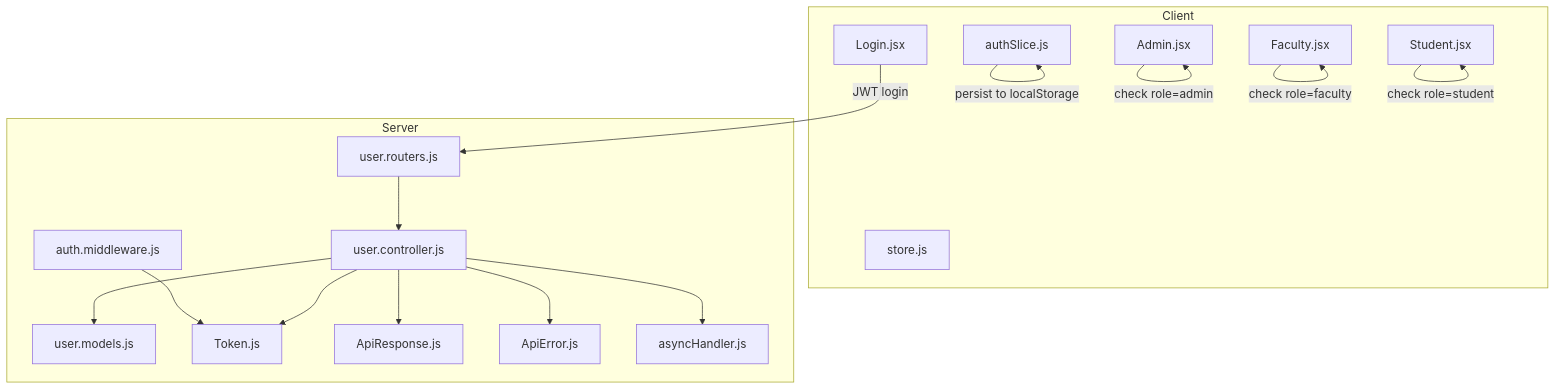
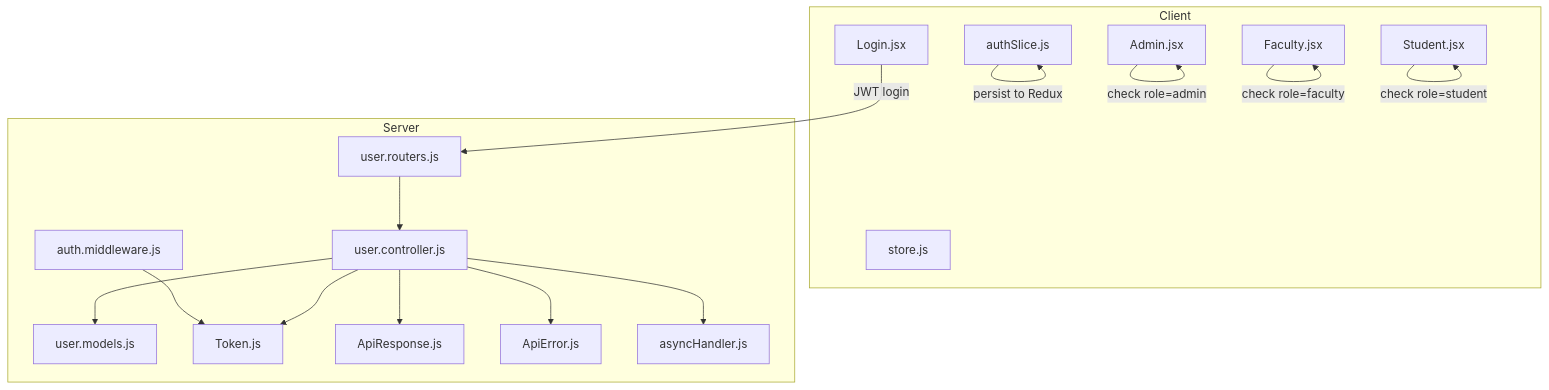
One commit to Aryan9060/Timetable-Project changed the first of 11 diagrams in .qoder/repowiki/en/content/Authentication & Authorization/Authentication & Authorization.md. Above: the diagram before and after it, drawn with Mermaid. The commit also changed other lines of this file and 21 other files, not shown here.

````diff
--- a/.qoder/repowiki/en/content/Authentication & Authorization/Authentication & Authorization.md
+++ b/.qoder/repowiki/en/content/Authentication & Authorization/Authentication & Authorization.md
@@ -61,33 +59,33 @@
 ```mermaid
 graph TB
 subgraph "Client"
 A["Login.jsx"]
 B["authSlice.js"]
 C["store.js"]
 D["Admin.jsx"]
 E["Faculty.jsx"]
 F["Student.jsx"]
 end
 subgraph "Server"
 G["user.routers.js"]
 H["user.controller.js"]
 I["user.models.js"]
 J["auth.middleware.js"]
 K["Token.js"]
 L["ApiResponse.js"]
 M["ApiError.js"]
 N["asyncHandler.js"]
 end
 A --> |JWT login| G
 G --> H
 H --> I
 H --> K
 H --> L
 H --> M
 H --> N
 J --> K
-B --> |persist to localStorage| B
+B --> |persist to Redux| B
 D --> |check role=admin| D
 E --> |check role=faculty| E
 F --> |check role=student| F
 ```
````
